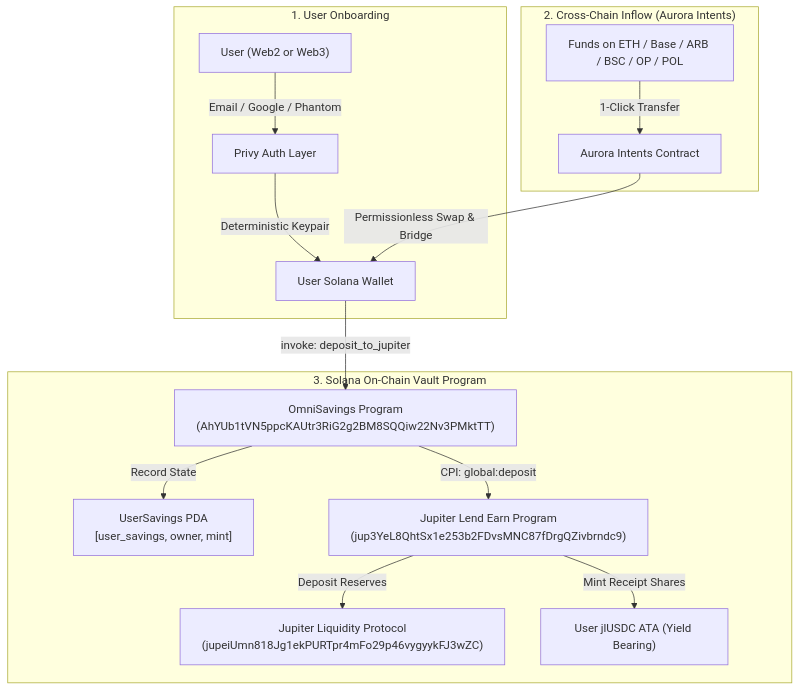
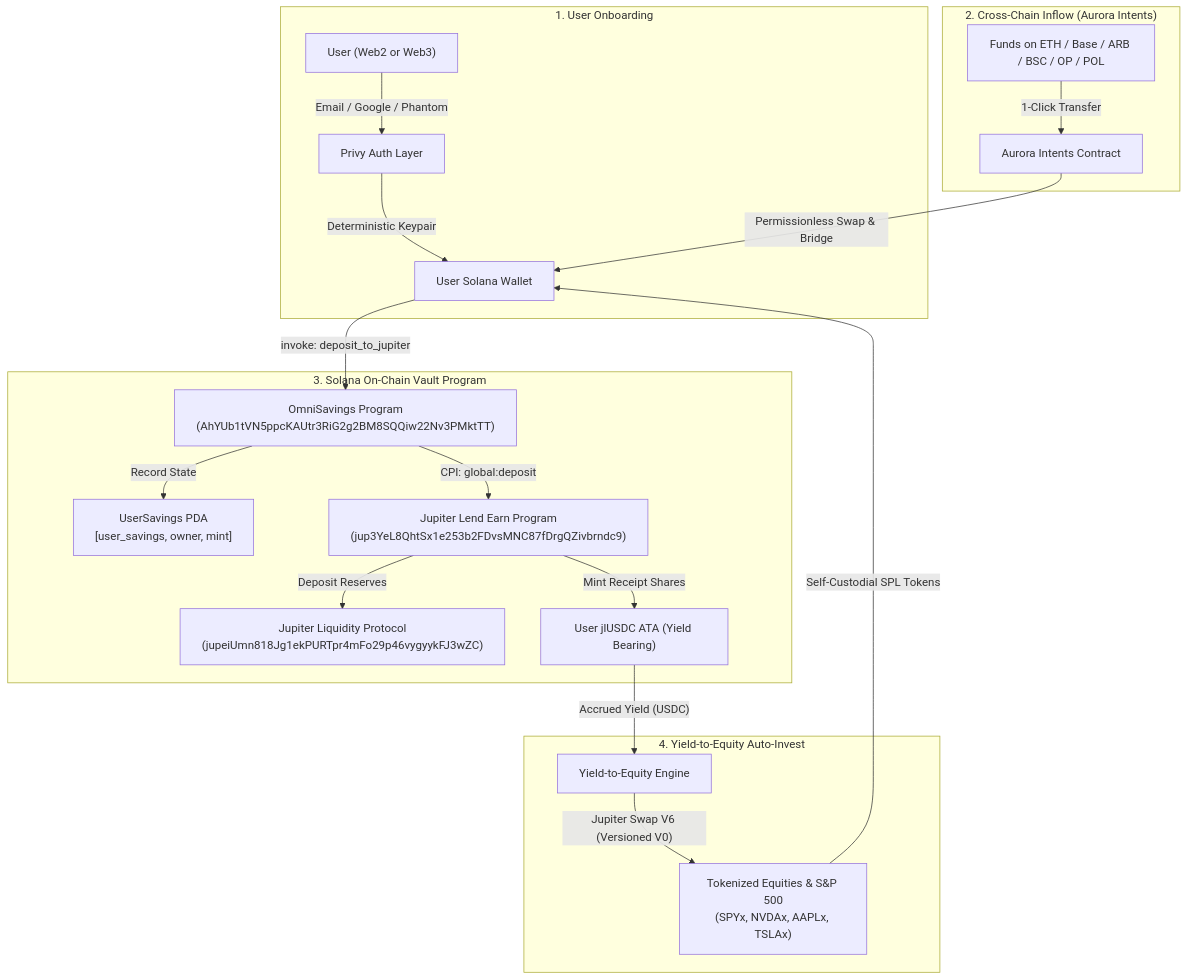
One commit to nimrid/OmniSavings changed the diagram in README.md. Above: the diagram before and after it, drawn with Mermaid. The commit also changed other lines of this file and 19 other files, not shown here.

````diff
--- a/README.md
+++ b/README.md
@@ -26,20 +27,26 @@
 ```mermaid
 flowchart TD
     subgraph Onboarding["1. User Onboarding"]
         A["User (Web2 or Web3)"] -->|"Email / Google / Phantom"| B["Privy Auth Layer"]
         B -->|"Deterministic Keypair"| C["User Solana Wallet"]
     end
 
     subgraph CrossChain["2. Cross-Chain Inflow (Aurora Intents)"]
         D["Funds on ETH / Base / ARB / BSC / OP / POL"] -->|"1-Click Transfer"| E["Aurora Intents Contract"]
         E -->|"Permissionless Swap & Bridge"| C
     end
 
     subgraph OnChain["3. Solana On-Chain Vault Program"]
         C -->|"invoke: deposit_to_jupiter"| F["OmniSavings Program<br/>(AhYUb1tVN5ppcKAUtr3RiG2g2BM8SQQiw22Nv3PMktTT)"]
         F -->|"Record State"| G["UserSavings PDA<br/>[user_savings, owner, mint]"]
         F -->|"CPI: global:deposit"| H["Jupiter Lend Earn Program<br/>(jup3YeL8QhtSx1e253b2FDvsMNC87fDrgQZivbrndc9)"]
         H -->|"Deposit Reserves"| I["Jupiter Liquidity Protocol<br/>(jupeiUmn818Jg1ekPURTpr4mFo29p46vygyykFJ3wZC)"]
         H -->|"Mint Receipt Shares"| J["User jlUSDC ATA (Yield Bearing)"]
     end
+
+    subgraph YieldToEquity["4. Yield-to-Equity Auto-Invest"]
+        J -->|"Accrued Yield (USDC)"| K["Yield-to-Equity Engine"]
+        K -->|"Jupiter Swap V6 (Versioned V0)"| L["Tokenized Equities & S&P 500<br/>(SPYx, NVDAx, AAPLx, TSLAx)"]
+        L -->|"Self-Custodial SPL Tokens"| C
+    end
 ```
````
